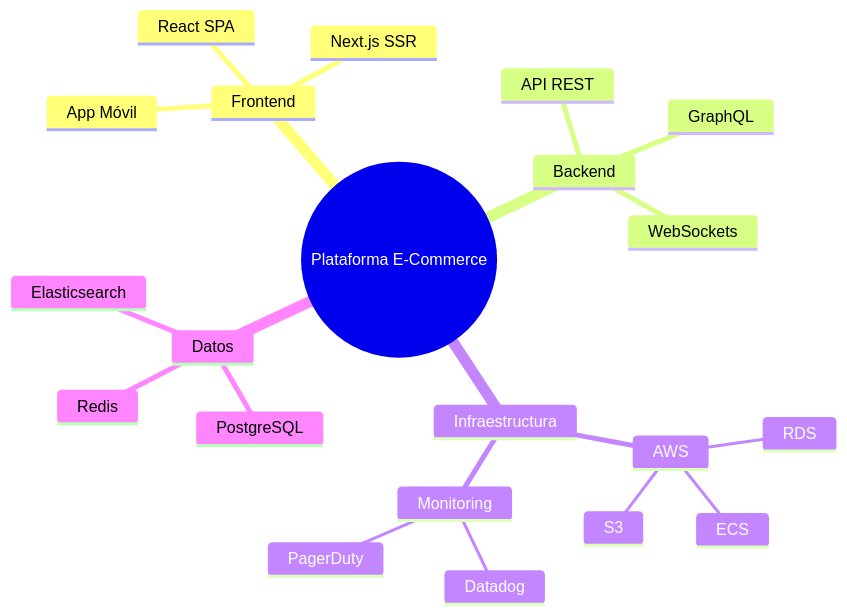
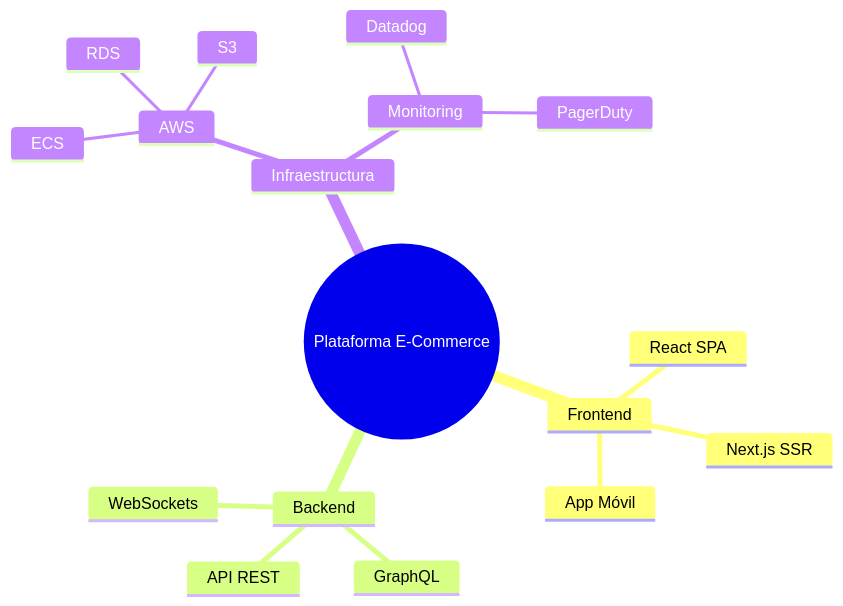
The ninth of 16 diagrams in DIALOGO-PRESENTACION.md (angelnoelduranflorez/mermaid-presentation), drawn with Mermaid before and after one commit. The commit also changed other lines of this file and 2 other files, not shown here.

````diff
--- a/DIALOGO-PRESENTACION.md
+++ b/DIALOGO-PRESENTACION.md
@@ -550,24 +544,20 @@
 ```mermaid
 mindmap
   root((Plataforma E-Commerce))
     Frontend
       React SPA
       Next.js SSR
       App Móvil
     Backend
       API REST
       GraphQL
       WebSockets
     Infraestructura
       AWS
         ECS
         RDS
         S3
       Monitoring
         Datadog
         PagerDuty
-    Datos
-      PostgreSQL
-      Redis
-      Elasticsearch
 ```
````
